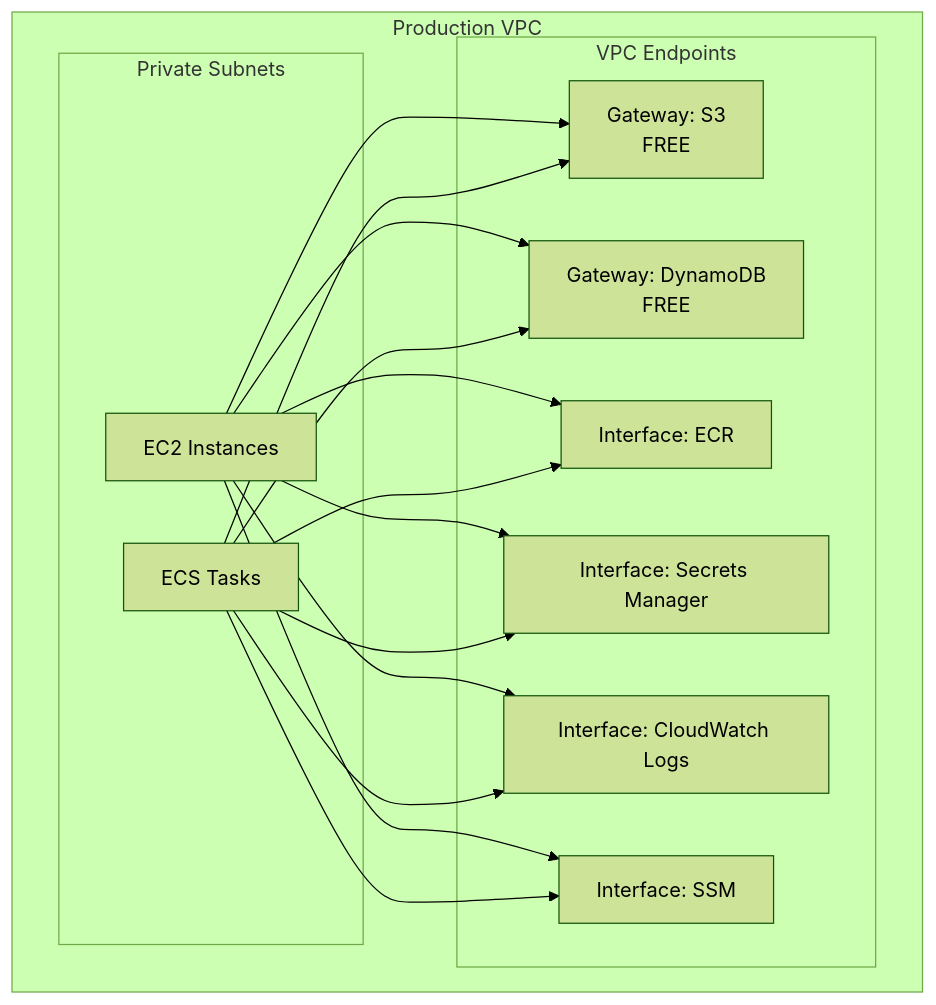
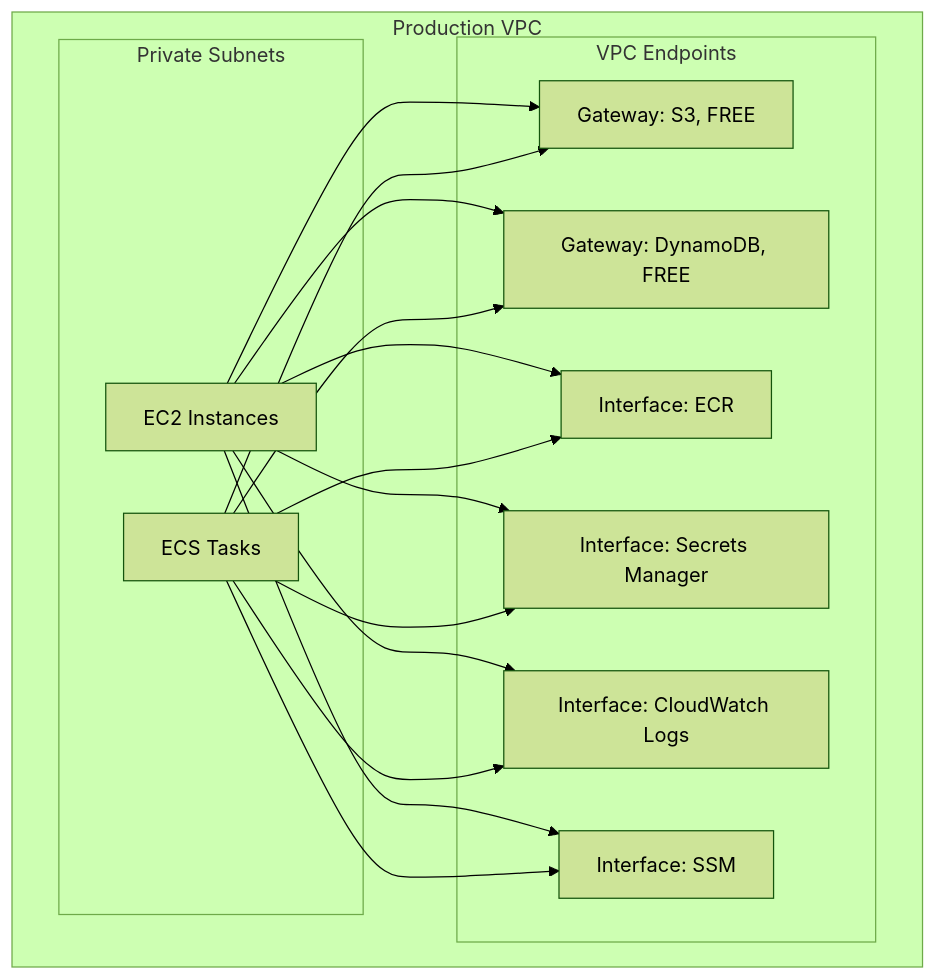
One commit to DeeptiShuklaProject/Uday_AWS changed the diagram in Chapter_32_AWS_PrivateLink.md. Above: the diagram before and after it, drawn with Mermaid (forest theme). The commit also changed 34 other files, not shown here.

Commit message:
Fix mermaid diagrams syntax across all chapters (quote labels and remove HTML)

````diff
--- a/Chapter_32_AWS_PrivateLink.md
+++ b/Chapter_32_AWS_PrivateLink.md
@@ -149,25 +149,25 @@
 ```mermaid
 flowchart TD
     subgraph VPC["Production VPC"]
         subgraph Private["Private Subnets"]
             EC2[EC2 Instances]
             ECS[ECS Tasks]
         end
         
         subgraph Endpoints["VPC Endpoints"]
-            GW_S3[Gateway: S3<br>FREE]
-            GW_DDB[Gateway: DynamoDB<br>FREE]
+            GW_S3["Gateway: S3, FREE"]
+            GW_DDB["Gateway: DynamoDB, FREE"]
             IF_ECR[Interface: ECR]
             IF_SM[Interface: Secrets Manager]
             IF_LOGS[Interface: CloudWatch Logs]
             IF_SSM[Interface: SSM]
         end
     end
     
     EC2 & ECS --> GW_S3
     EC2 & ECS --> GW_DDB
     EC2 & ECS --> IF_ECR
     EC2 & ECS --> IF_SM
     EC2 & ECS --> IF_LOGS
     EC2 & ECS --> IF_SSM
 ```
````
